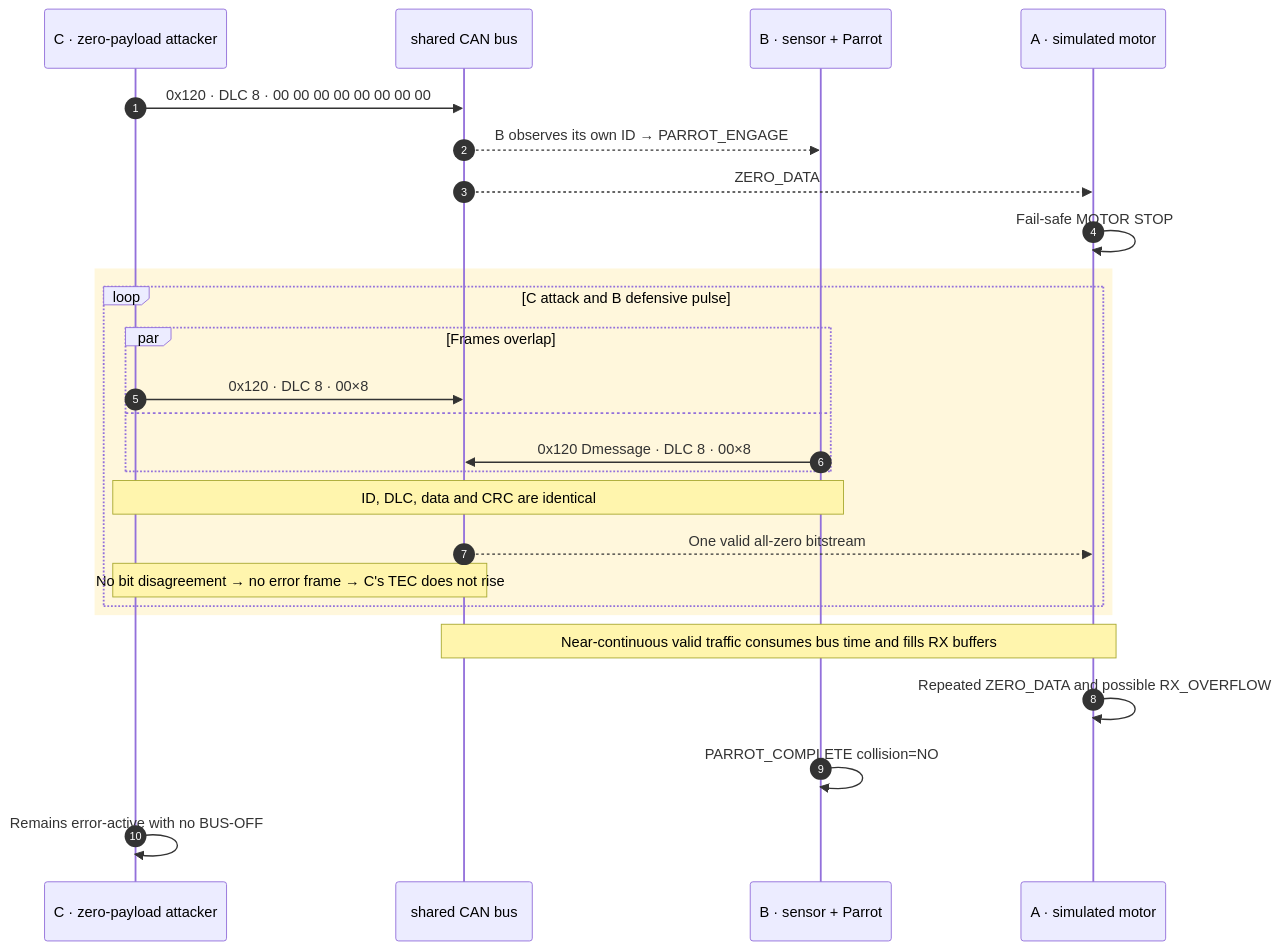
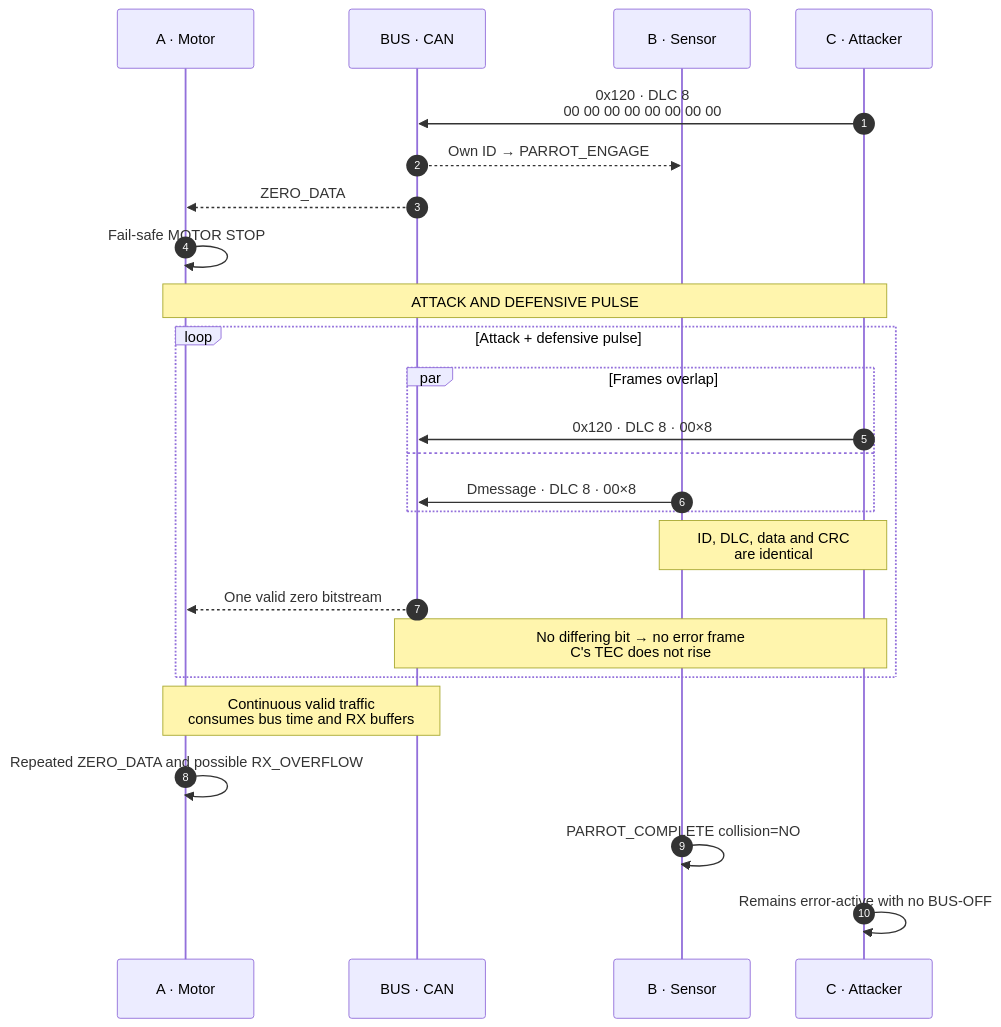
The fourth of 6 diagrams in README.md (sadrobot69/Paper-Perishes-Parrot), drawn with Mermaid before and after one commit. The commit also changed other lines of this file, not shown here.

Commit message:
Cambio de color en los diagramas

````diff
--- a/README.md
+++ b/README.md
@@ -249,31 +234,30 @@
 ```mermaid
 sequenceDiagram
     autonumber
-    participant C as C · zero-payload attacker
-    participant CAN as shared CAN bus
-    participant B as B · sensor + Parrot
-    participant A as A · simulated motor
+    participant A as A · Motor
+    participant BUS as BUS · CAN
+    participant B as B · Sensor
+    participant C as C · Attacker
 
-    C->>CAN: 0x120 · DLC 8 · 00 00 00 00 00 00 00 00
-    CAN-->>B: B observes its own ID → PARROT_ENGAGE
-    CAN-->>A: ZERO_DATA
+    C->>BUS: 0x120 · DLC 8<br/>00 00 00 00 00 00 00 00
+    BUS-->>B: Own ID → PARROT_ENGAGE
+    BUS-->>A: ZERO_DATA
     A->>A: Fail-safe MOTOR STOP
 
-    rect rgb(255, 247, 220)
-        loop C attack and B defensive pulse
-            par Frames overlap
-                C->>CAN: 0x120 · DLC 8 · 00×8
-            and
-                B->>CAN: 0x120 Dmessage · DLC 8 · 00×8
-            end
-            Note over C,B: ID, DLC, data and CRC are identical
-            CAN-->>A: One valid all-zero bitstream
-            Note over C,CAN: No bit disagreement → no error frame → C's TEC does not rise
+    Note over A,C: ATTACK AND DEFENSIVE PULSE
+    loop Attack + defensive pulse
+        par Frames overlap
+            C->>BUS: 0x120 · DLC 8 · 00×8
+        and
+            B->>BUS: Dmessage · DLC 8 · 00×8
         end
+        Note over B,C: ID, DLC, data and CRC<br/>are identical
+        BUS-->>A: One valid zero bitstream
+        Note over BUS,C: No differing bit → no error frame<br/>C's TEC does not rise
     end
 
-    Note over CAN,A: Near-continuous valid traffic consumes bus time and fills RX buffers
+    Note over A,BUS: Continuous valid traffic<br/>consumes bus time and RX buffers
     A->>A: Repeated ZERO_DATA and possible RX_OVERFLOW
     B->>B: PARROT_COMPLETE collision=NO
     C->>C: Remains error-active with no BUS-OFF
 ```
````
